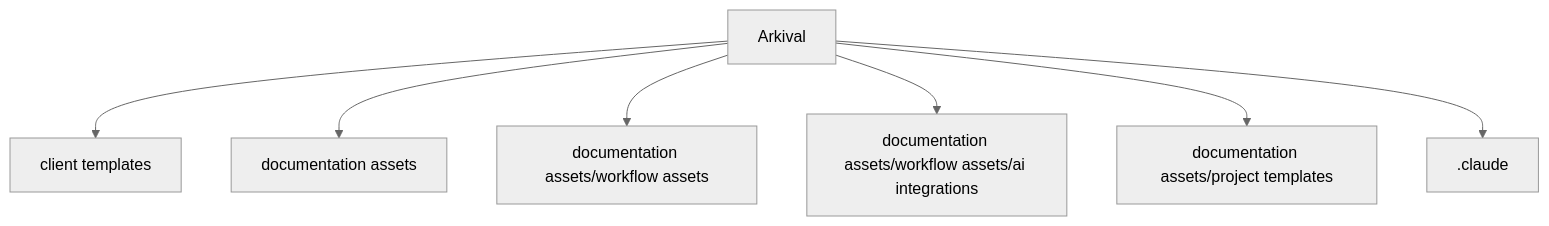
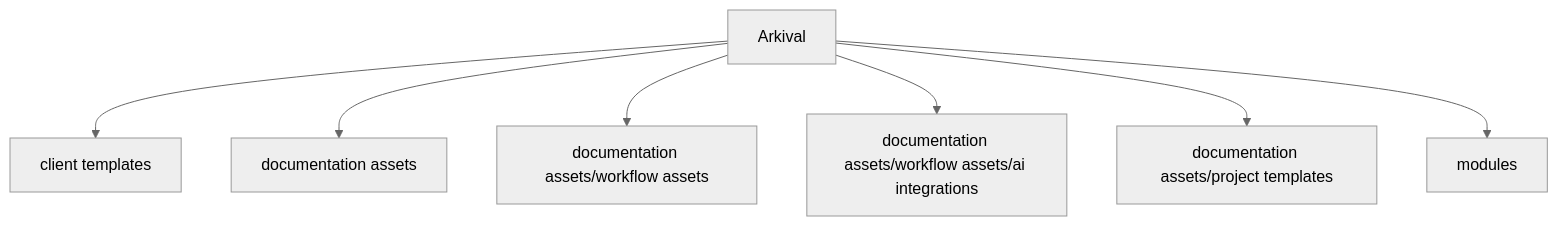
Before and after one commit to Spitfire-Products/Arkival-V4: the fifth of 5 diagrams in ARCHITECTURE_DIAGRAM.md, drawn with Mermaid (neutral theme). The commit also changed other lines of this file and 8 other files, not shown here.

````diff
--- a/ARCHITECTURE_DIAGRAM.md
+++ b/ARCHITECTURE_DIAGRAM.md
@@ -122,18 +122,18 @@
 ```mermaid
 graph TD
     ROOT[Arkival]
     ROOT --> D0[client templates]
     ROOT --> D1[documentation assets]
     ROOT --> D2[documentation assets/workflow assets]
     ROOT --> D3[documentation assets/workflow assets/ai integrations]
     ROOT --> D4[documentation assets/project templates]
-    ROOT --> D5[.claude]
+    ROOT --> D5[modules]
 
     classDef coreModule fill:#e3f2fd,stroke:#1976d2
     classDef analysis fill:#f3e5f5,stroke:#7b1fa2
     classDef output fill:#e8f5e8,stroke:#388e3c
     
     class M0,M1,M2,M3,M4,M5 coreModule
     class T1,T2,T3,T4 analysis
     class A1,A2,A3 output
 ```
````
